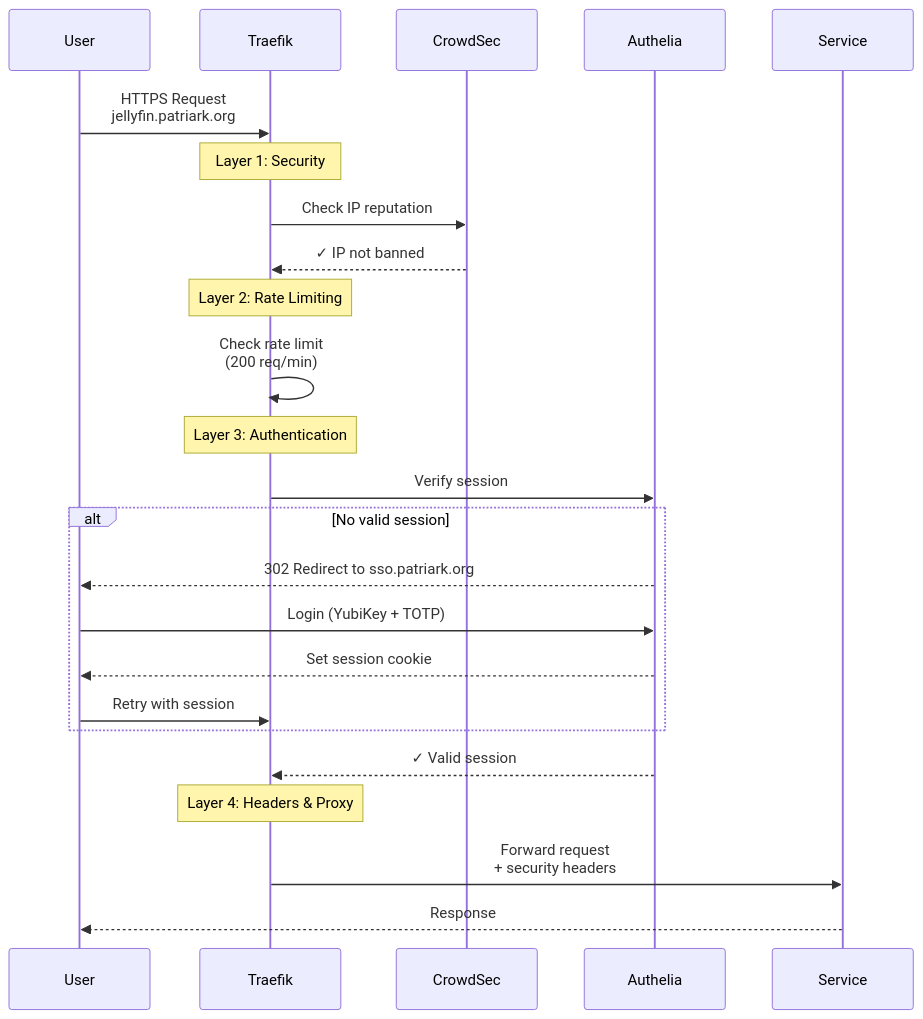
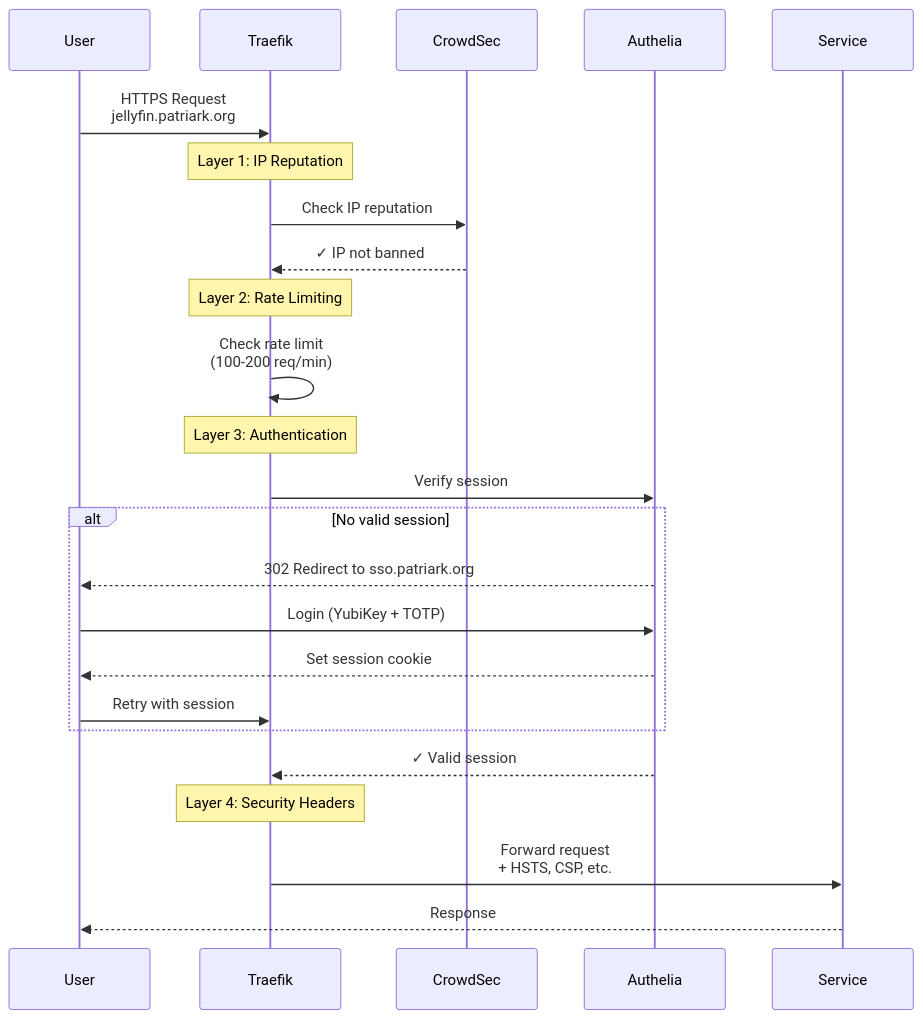
The second of 2 diagrams in docs/AUTO-NETWORK-TOPOLOGY.md (vonrobak/fedora-homelab-containers), drawn with Mermaid before and after one commit. The commit also changed other lines of this file and 1 other file, not shown here.

````diff
--- a/docs/AUTO-NETWORK-TOPOLOGY.md
+++ b/docs/AUTO-NETWORK-TOPOLOGY.md
@@ -102,33 +146,33 @@
 ```mermaid
 sequenceDiagram
     participant User
     participant Traefik
     participant CrowdSec
     participant Authelia
     participant Service
 
     User->>Traefik: HTTPS Request<br/>jellyfin.patriark.org
 
-    Note over Traefik: Layer 1: Security
+    Note over Traefik: Layer 1: IP Reputation
     Traefik->>CrowdSec: Check IP reputation
     CrowdSec-->>Traefik: ✓ IP not banned
 
     Note over Traefik: Layer 2: Rate Limiting
-    Traefik->>Traefik: Check rate limit<br/>(200 req/min)
+    Traefik->>Traefik: Check rate limit<br/>(100-200 req/min)
 
     Note over Traefik: Layer 3: Authentication
     Traefik->>Authelia: Verify session
 
     alt No valid session
         Authelia-->>User: 302 Redirect to sso.patriark.org
         User->>Authelia: Login (YubiKey + TOTP)
         Authelia-->>User: Set session cookie
         User->>Traefik: Retry with session
     end
 
     Authelia-->>Traefik: ✓ Valid session
 
-    Note over Traefik: Layer 4: Headers & Proxy
-    Traefik->>Service: Forward request<br/>+ security headers
+    Note over Traefik: Layer 4: Security Headers
+    Traefik->>Service: Forward request<br/>+ HSTS, CSP, etc.
     Service-->>User: Response
 ```
````
